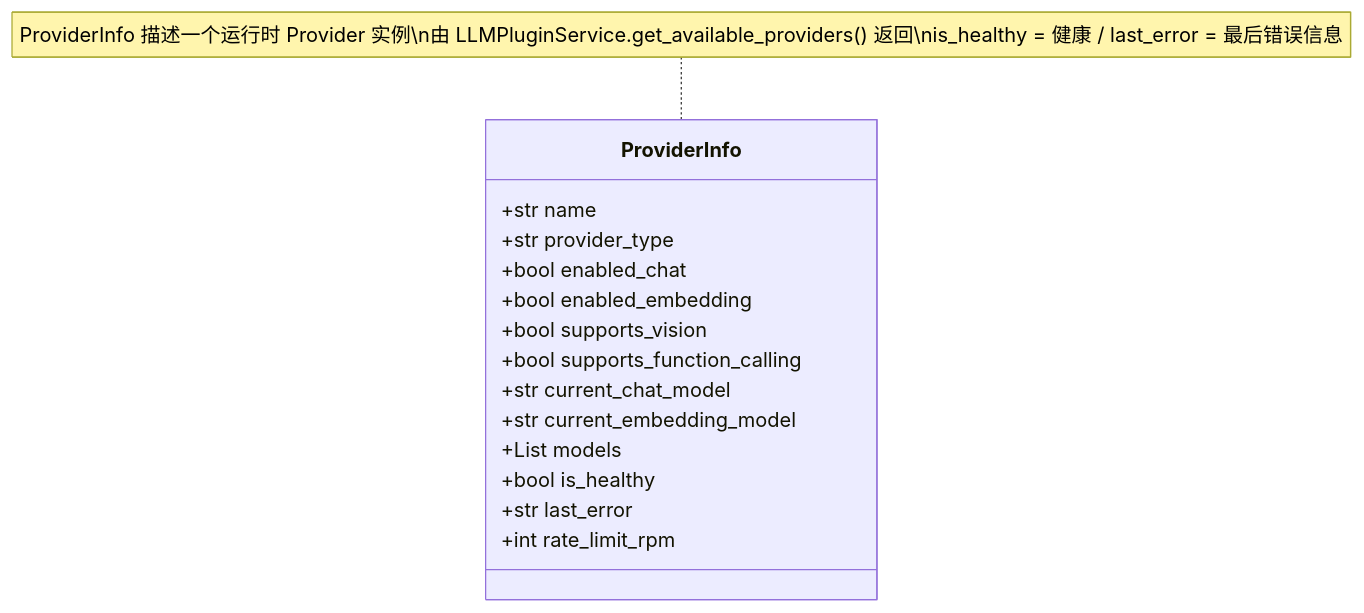
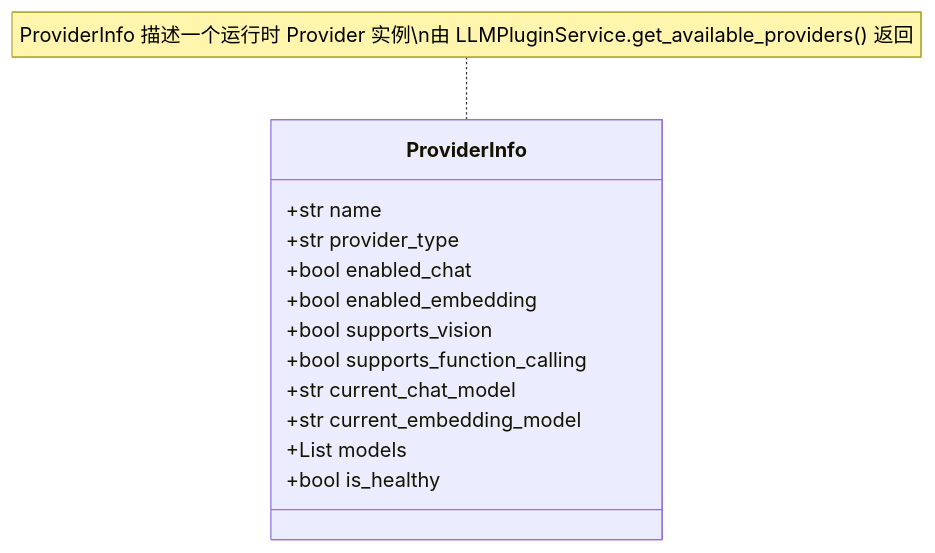
One commit to KKPIP-Tech/InstructionX changed the second of 8 diagrams in docs/core/llm-provider/api-reference.md. Above: the diagram before and after it, drawn with Mermaid. The commit also changed other lines of this file and 13 other files, not shown here.

````diff
--- a/docs/core/llm-provider/api-reference.md
+++ b/docs/core/llm-provider/api-reference.md
@@ -446,21 +446,19 @@
 ```mermaid
 classDiagram
     direction TB
 
     class ProviderInfo {
         +str name
         +str provider_type
         +bool enabled_chat
         +bool enabled_embedding
         +bool supports_vision
         +bool supports_function_calling
         +str current_chat_model
         +str current_embedding_model
         +List models
         +bool is_healthy
-        +str last_error
-        +int rate_limit_rpm
     }
 
-    note for ProviderInfo "ProviderInfo 描述一个运行时 Provider 实例\n由 LLMPluginService.get_available_providers() 返回\nis_healthy = 健康 / last_error = 最后错误信息"
+    note for ProviderInfo "ProviderInfo 描述一个运行时 Provider 实例\n由 LLMPluginService.get_available_providers() 返回"
 ```
````
